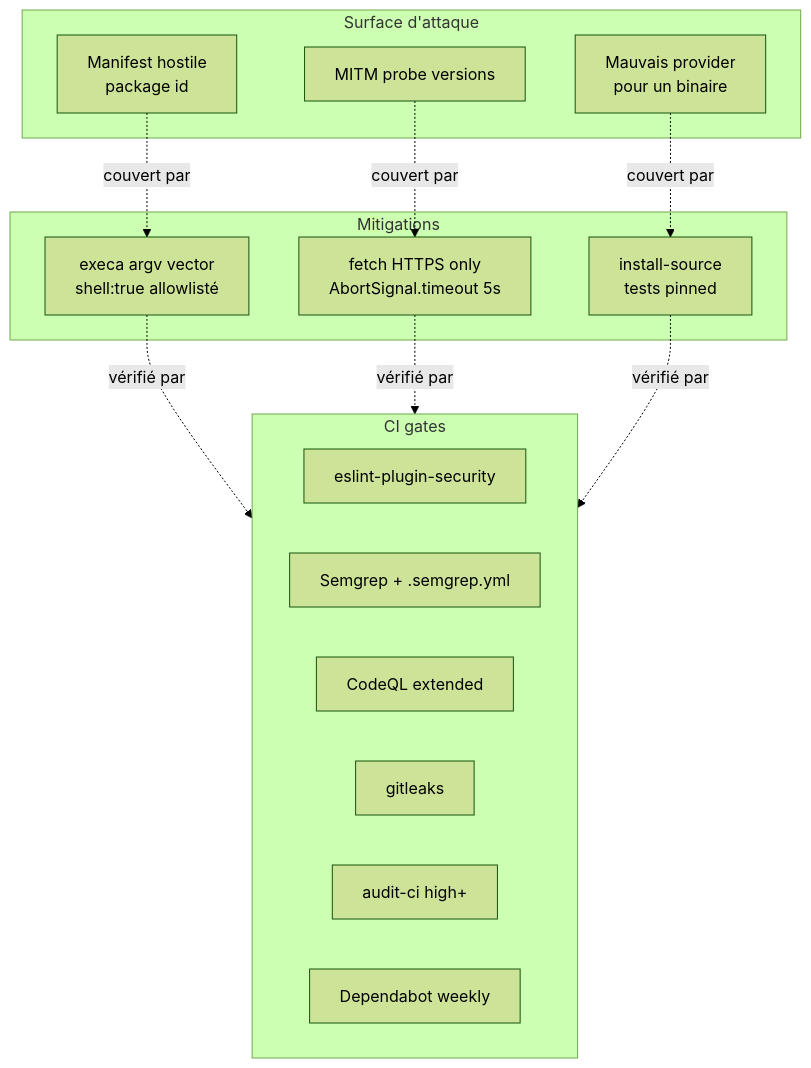
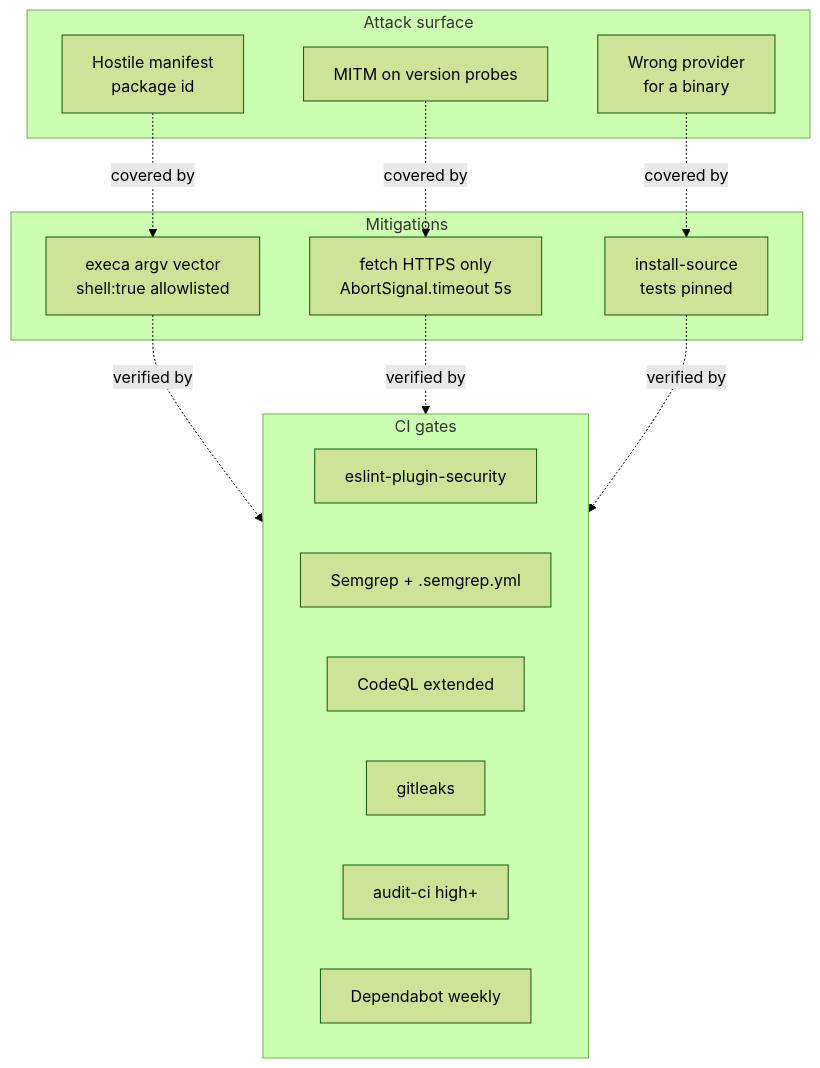
One commit to LINDECKER-Charles/gup changed the ninth of 9 diagrams in docs/architecture.md. Above: the diagram before and after it, drawn with Mermaid (forest theme). The commit also changed other lines of this file and 5 other files, not shown here.

````diff
--- a/docs/architecture.md
+++ b/docs/architecture.md
@@ -390,28 +390,28 @@
 ```mermaid
 flowchart TB
-    subgraph Surface["Surface d'attaque"]
-        Mani[Manifest hostile<br/>package id]
-        MITM[MITM probe versions]
-        Misroute[Mauvais provider<br/>pour un binaire]
+    subgraph Surface["Attack surface"]
+        Mani[Hostile manifest<br/>package id]
+        MITM[MITM on version probes]
+        Misroute[Wrong provider<br/>for a binary]
     end
 
     subgraph Mitigation["Mitigations"]
-        Argv[execa argv vector<br/>shell:true allowlisté]
+        Argv[execa argv vector<br/>shell:true allowlisted]
         Https[fetch HTTPS only<br/>AbortSignal.timeout 5s]
         PinSource[install-source<br/>tests pinned]
     end
 
     subgraph CI["CI gates"]
         Eslint[eslint-plugin-security]
         Semgrep[Semgrep + .semgrep.yml]
         CodeQL[CodeQL extended]
         Gitleaks[gitleaks]
         AuditCI[audit-ci high+]
         Dependabot[Dependabot weekly]
     end
 
-    Mani -.couvert par.-> Argv
-    MITM -.couvert par.-> Https
-    Misroute -.couvert par.-> PinSource
-    Argv & Https & PinSource -.vérifié par.-> CI
+    Mani -.covered by.-> Argv
+    MITM -.covered by.-> Https
+    Misroute -.covered by.-> PinSource
+    Argv & Https & PinSource -.verified by.-> CI
 ```
````
